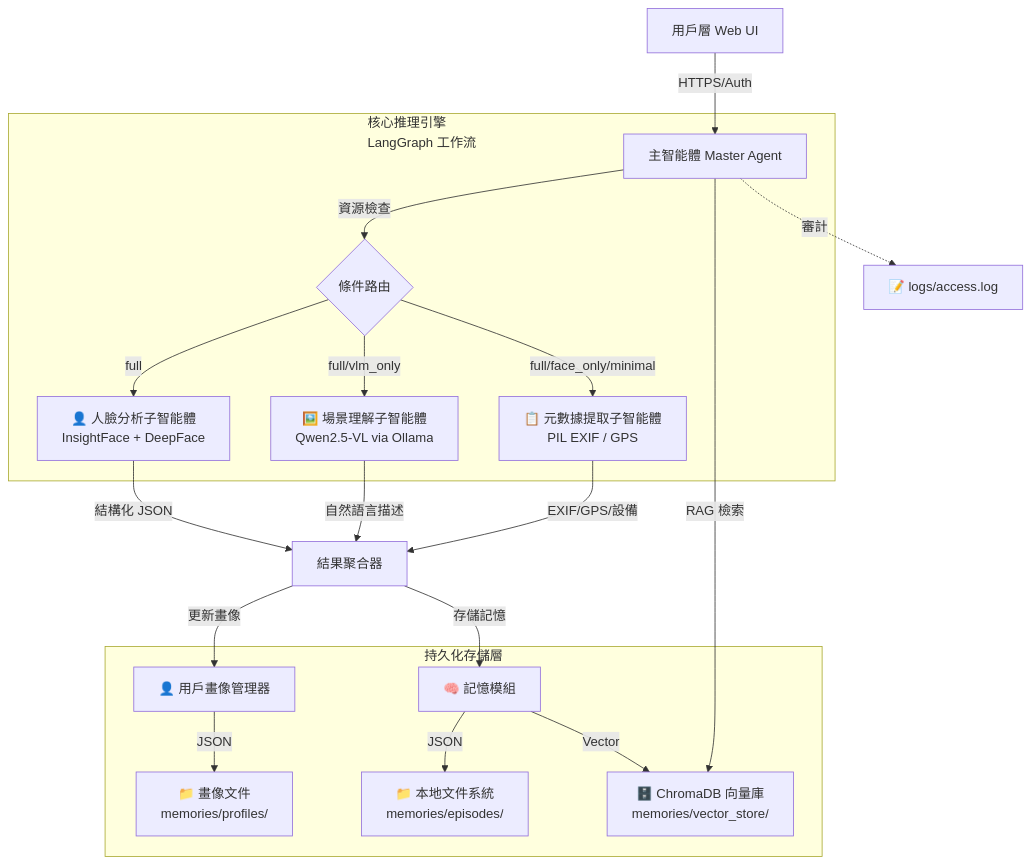
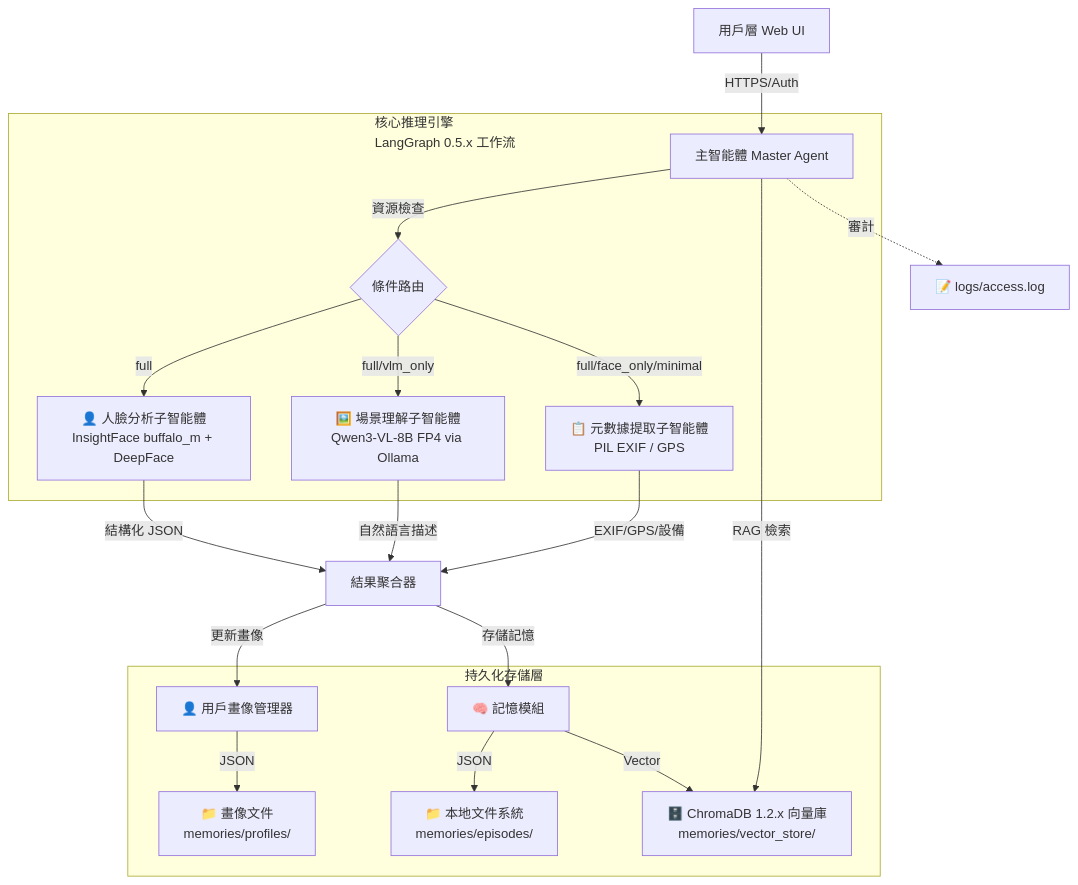
The first of 2 diagrams in README.md (iiooiioo888/SuperSight), drawn with Mermaid before and after one commit. The commit also changed other lines of this file and 1 other file, not shown here.

````diff
--- a/README.md
+++ b/README.md
@@ -62,27 +63,27 @@
 ```mermaid
 graph TD
     User[用戶層 Web UI] -->|HTTPS/Auth| Master[主智能體 Master Agent]
     
-    subgraph Core_Engine [核心推理引擎<br/>LangGraph 工作流]
+    subgraph Core_Engine [核心推理引擎<br/>LangGraph 0.5.x 工作流]
         Master -->|資源檢查| Router{條件路由}
-        Router -->|full| FaceSub[👤 人臉分析子智能體<br/>InsightFace + DeepFace]
-        Router -->|full/vlm_only| SceneSub[🖼️ 場景理解子智能體<br/>Qwen2.5-VL via Ollama]
+        Router -->|full| FaceSub[👤 人臉分析子智能體<br/>InsightFace buffalo_m + DeepFace]
+        Router -->|full/vlm_only| SceneSub[🖼️ 場景理解子智能體<br/>Qwen3-VL-8B FP4 via Ollama]
         Router -->|full/face_only/minimal| MetaSub[📋 元數據提取子智能體<br/>PIL EXIF / GPS]
     end
     
     FaceSub -->|結構化 JSON| Agg[結果聚合器]
     SceneSub -->|自然語言描述| Agg
     MetaSub -->|EXIF/GPS/設備| Agg
     
     Agg -->|更新畫像| Profile[👤 用戶畫像管理器]
     Agg -->|存儲記憶| Memory[🧠 記憶模組]
     
     subgraph Storage [持久化存儲層]
         Memory -->|JSON| FS[📁 本地文件系統<br/>memories/episodes/]
-        Memory -->|Vector| VDB[🗄️ ChromaDB 向量庫<br/>memories/vector_store/]
+        Memory -->|Vector| VDB[🗄️ ChromaDB 1.2.x 向量庫<br/>memories/vector_store/]
         Profile -->|JSON| PF[📁 畫像文件<br/>memories/profiles/]
     end
     
     Master -->|RAG 檢索| VDB
     Master -.->|審計| Log[📝 logs/access.log]
 ```
````
